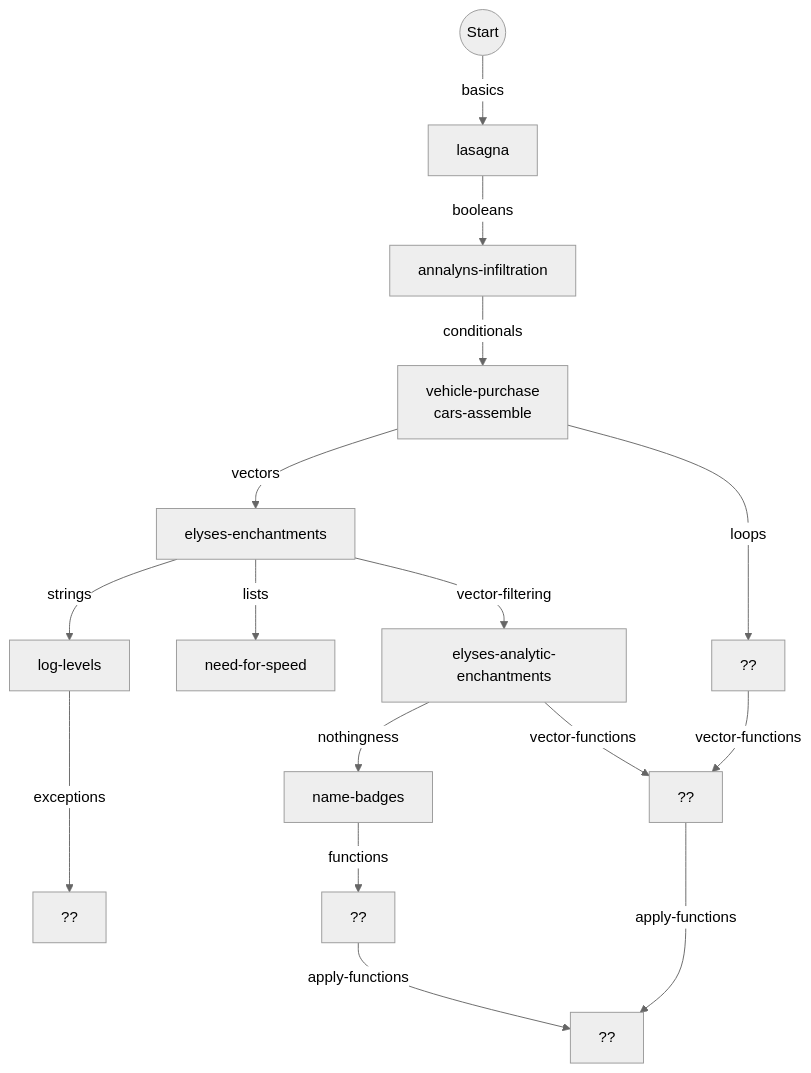
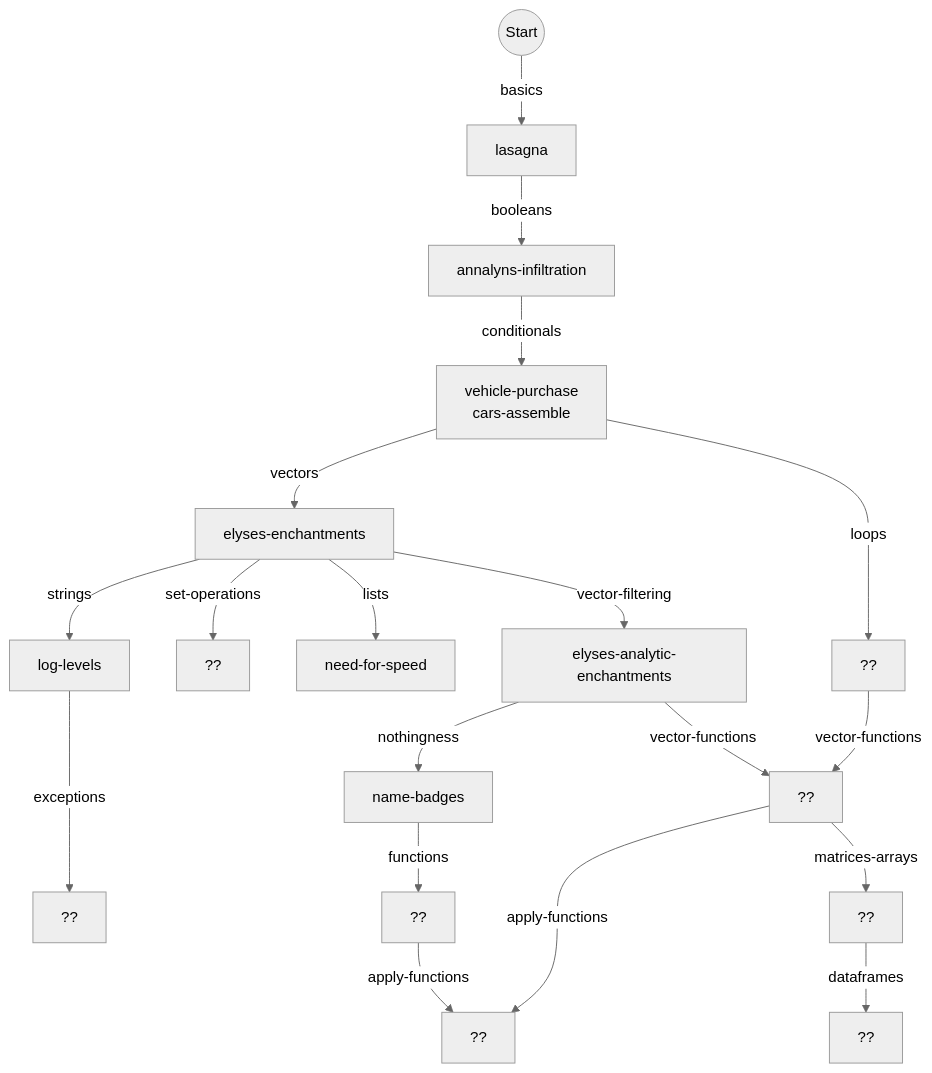
The first of 2 diagrams in flowchart.md (colinleach/r_concepts), drawn with Mermaid (neutral theme) before and after one commit. The commit also changed 1 other file, not shown here.

Commit message:
top-level stuff

````diff
--- a/flowchart.md
+++ b/flowchart.md
@@ -5,19 +5,22 @@
 ```mermaid
 graph TD
     
 start(("Start")) --basics--> basics["lasagna"]
 basics --booleans--> booleans["annalyns-infiltration"]
 booleans --conditionals--> conditionals["vehicle-purchase<br/>cars-assemble"]
 conditionals --vectors--> vectors["elyses-enchantments"]
 conditionals --loops--> loops["??"]
+vectors --set-operations--> set-operations["??"]
 vectors --lists--> lists["need-for-speed"]
 vectors --vector-filtering--> vector-filtering["elyses-analytic-enchantments"]
 vector-filtering --nothingness--> nothingness["name-badges"]
 vectors --strings--> strings["log-levels"]
 strings --exceptions---> exceptions["??"]
 vector-filtering --vector-functions--> vector-functions["??"]
 loops --vector-functions--> vector-functions["??"]
 nothingness --functions--> functions["??"]
 functions --apply-functions--> apply-functions["??"]
 vector-functions --apply-functions--> apply-functions["??"]
+vector-functions --matrices-arrays--> matrices-arrays["??"]
+matrices-arrays --dataframes--> dataframes["??"]
 ```
````
